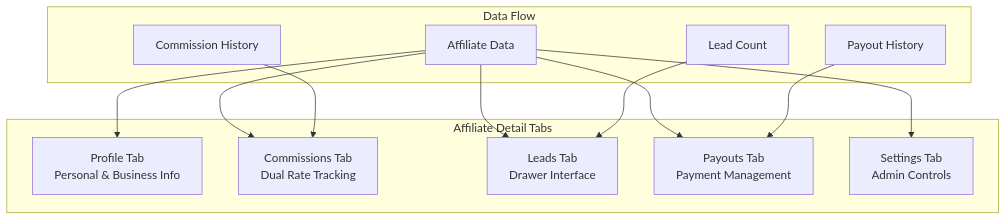
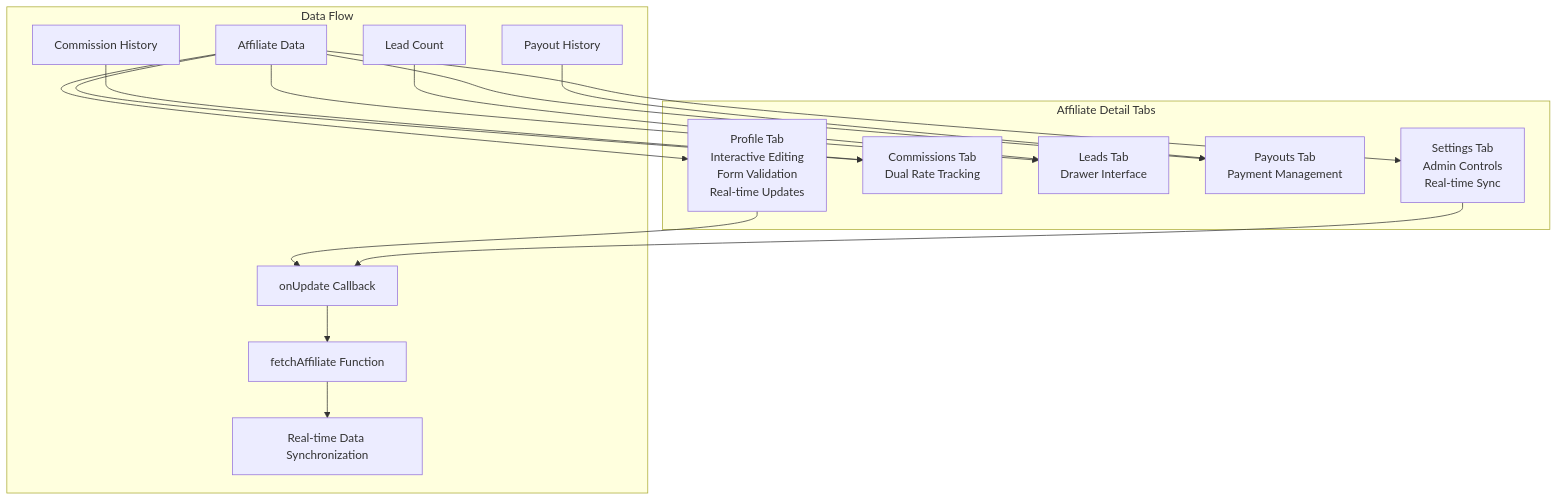
One commit to Hawky1/ryland changed the seventh of 13 diagrams in .qoder/repowiki/en/content/Application Architecture/Admin Portal System.md. Above: the diagram before and after it, drawn with Mermaid. The commit also changed other lines of this file and 14 other files, not shown here.

````diff
--- a/.qoder/repowiki/en/content/Application Architecture/Admin Portal System.md
+++ b/.qoder/repowiki/en/content/Application Architecture/Admin Portal System.md
@@ -569,24 +583,31 @@
 ```mermaid
 graph TB
 subgraph "Affiliate Detail Tabs"
-ProfileTab["Profile Tab<br/>Personal & Business Info"]
+ProfileTab["Profile Tab<br/>Interactive Editing<br/>Form Validation<br/>Real-time Updates"]
 CommissionsTab["Commissions Tab<br/>Dual Rate Tracking"]
 LeadsTab["Leads Tab<br/>Drawer Interface"]
 PayoutsTab["Payouts Tab<br/>Payment Management"]
-SettingsTab["Settings Tab<br/>Admin Controls"]
+SettingsTab["Settings Tab<br/>Admin Controls<br/>Real-time Sync"]
 end
 subgraph "Data Flow"
 AffiliateData["Affiliate Data"]
 LeadCount["Lead Count"]
 CommissionHistory["Commission History"]
 PayoutHistory["Payout History"]
+OnUpdateCallback["onUpdate Callback"]
+FetchAffiliate["fetchAffiliate Function"]
+RealTimeSync["Real-time Data Synchronization"]
 end
 AffiliateData --> ProfileTab
 AffiliateData --> CommissionsTab
 AffiliateData --> LeadsTab
 AffiliateData --> PayoutsTab
 AffiliateData --> SettingsTab
 LeadCount --> LeadsTab
 CommissionHistory --> CommissionsTab
 PayoutHistory --> PayoutsTab
+ProfileTab --> OnUpdateCallback
+SettingsTab --> OnUpdateCallback
+OnUpdateCallback --> FetchAffiliate
+FetchAffiliate --> RealTimeSync
 ```
````
